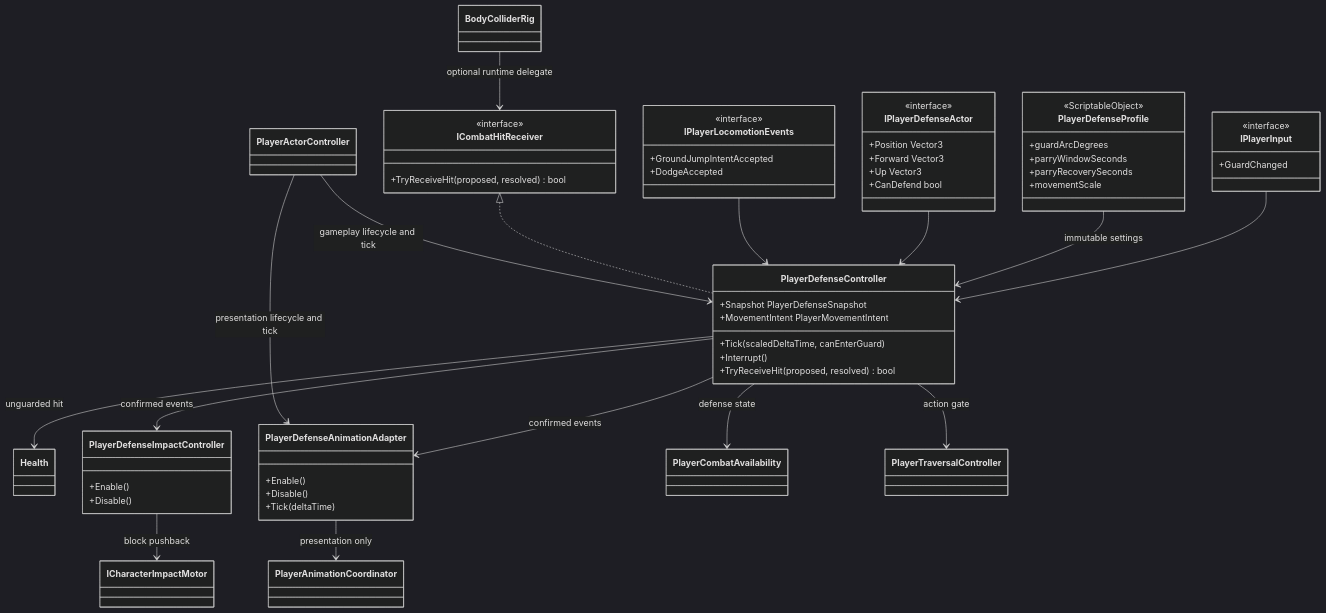
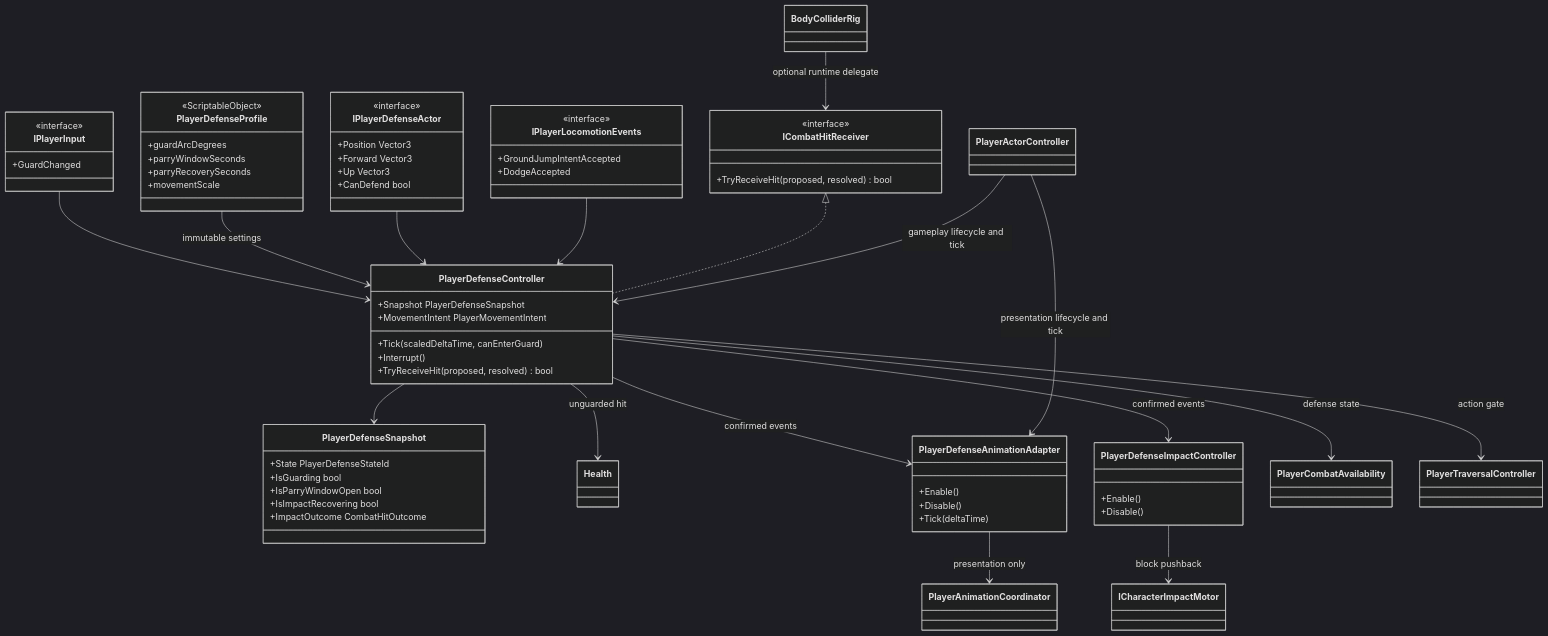
Before and after one commit to MaximFonariuc/project-s: the diagram in Assets/_App/Core/Runtime/Combat/Defense/README.md, drawn with Mermaid (dark theme). The commit also changed other lines of this file and 2 other files, not shown here.

Commit message:
refactor(combat): make defense snapshots unambiguous

````diff
--- a/Assets/_App/Core/Runtime/Combat/Defense/README.md
+++ b/Assets/_App/Core/Runtime/Combat/Defense/README.md
@@ -7,69 +7,77 @@
 ```mermaid
 classDiagram
     class IPlayerInput {
         <<interface>>
         +GuardChanged
     }
     class PlayerDefenseController {
         +Snapshot PlayerDefenseSnapshot
         +MovementIntent PlayerMovementIntent
         +Tick(scaledDeltaTime, canEnterGuard)
         +Interrupt()
         +TryReceiveHit(proposed, resolved) bool
+    }
+    class PlayerDefenseSnapshot {
+        +State PlayerDefenseStateId
+        +IsGuarding bool
+        +IsParryWindowOpen bool
+        +IsImpactRecovering bool
+        +ImpactOutcome CombatHitOutcome
     }
     class PlayerDefenseProfile {
         <<ScriptableObject>>
         +guardArcDegrees
         +parryWindowSeconds
         +parryRecoverySeconds
         +movementScale
     }
     class IPlayerDefenseActor {
         <<interface>>
         +Position Vector3
         +Forward Vector3
         +Up Vector3
         +CanDefend bool
     }
     class IPlayerLocomotionEvents {
         <<interface>>
         +GroundJumpIntentAccepted
         +DodgeAccepted
     }
     class ICombatHitReceiver {
         <<interface>>
         +TryReceiveHit(proposed, resolved) bool
     }
     class BodyColliderRig
     class Health
     class PlayerDefenseAnimationAdapter {
         +Enable()
         +Disable()
         +Tick(deltaTime)
     }
     class PlayerDefenseImpactController {
         +Enable()
         +Disable()
     }
     class ICharacterImpactMotor
     class PlayerAnimationCoordinator
     class PlayerCombatAvailability
     class PlayerActorController
     class PlayerTraversalController
 
     IPlayerInput --> PlayerDefenseController
+    PlayerDefenseController --> PlayerDefenseSnapshot
     PlayerDefenseProfile --> PlayerDefenseController : immutable settings
     IPlayerDefenseActor --> PlayerDefenseController
     IPlayerLocomotionEvents --> PlayerDefenseController
     ICombatHitReceiver <|.. PlayerDefenseController
     BodyColliderRig --> ICombatHitReceiver : optional runtime delegate
     PlayerDefenseController --> Health : unguarded hit
     PlayerDefenseController --> PlayerDefenseAnimationAdapter : confirmed events
     PlayerDefenseController --> PlayerDefenseImpactController : confirmed events
     PlayerDefenseImpactController --> ICharacterImpactMotor : block pushback
     PlayerDefenseAnimationAdapter --> PlayerAnimationCoordinator : presentation only
     PlayerDefenseController --> PlayerCombatAvailability : defense state
     PlayerDefenseController --> PlayerTraversalController : action gate
     PlayerActorController --> PlayerDefenseController : gameplay lifecycle and tick
     PlayerActorController --> PlayerDefenseAnimationAdapter : presentation lifecycle and tick
 ```
````
